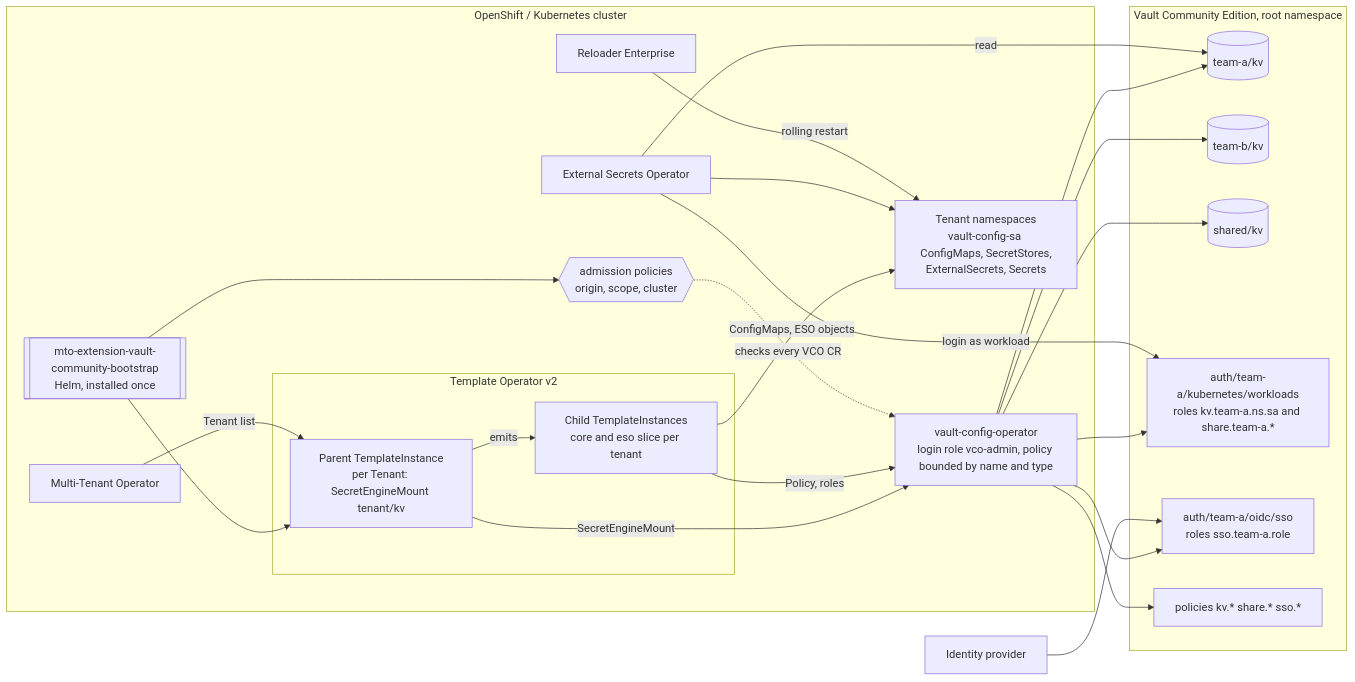
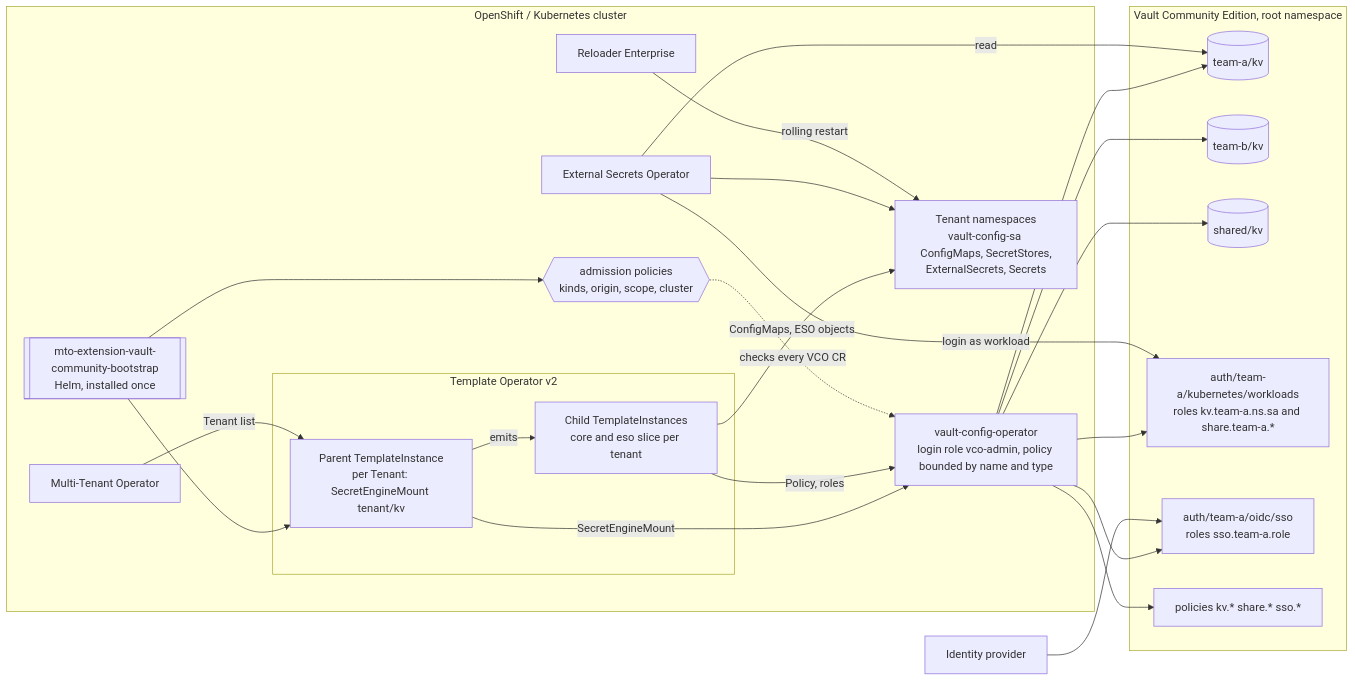
Before and after one commit to stakater/mto-extension-vault-community: the second of 6 diagrams in docs/diagrams.md, drawn with Mermaid. The commit also changed other lines of this file and 54 other files, not shown here.

First line of the commit message:
C.17, C.18, C.20: close the three reviews of the charts

````diff
--- a/docs/diagrams.md
+++ b/docs/diagrams.md
@@ -33,39 +33,39 @@
 ```mermaid
 flowchart LR
   subgraph Cluster[OpenShift / Kubernetes cluster]
     MTO[Multi-Tenant Operator]
     subgraph TOP[Template Operator v2]
       PTI[Parent TemplateInstance<br/>per Tenant: SecretEngineMount tenant/kv]
       CTI[Child TemplateInstances<br/>core and eso slice per tenant]
     end
     BOOT[[mto-extension-vault-community-bootstrap<br/>Helm, installed once]]
     VCO[vault-config-operator<br/>login role vco-admin, policy bounded by name and type]
-    VAP{{admission policies<br/>origin, scope, cluster}}
+    VAP{{admission policies<br/>kinds, origin, scope, cluster}}
     NS[Tenant namespaces<br/>vault-config-sa ConfigMaps, SecretStores,<br/>ExternalSecrets, Secrets]
     ESO[External Secrets Operator]
     REL[Reloader Enterprise]
   end
   subgraph V[Vault Community Edition, root namespace]
     KVA[(team-a/kv)]
     KVB[(team-b/kv)]
     KVS[(shared/kv)]
     K8S[auth/team-a/kubernetes/workloads<br/>roles kv.team-a.ns.sa and share.team-a.*]
     OIDC[auth/team-a/oidc/sso<br/>roles sso.team-a.role]
     POL[policies kv.* share.* sso.*]
   end
   IDP[Identity provider]
   BOOT --> PTI
   MTO -->|Tenant list| PTI
   PTI -->|emits| CTI
   PTI -->|SecretEngineMount| VCO
   CTI -->|Policy, roles| VCO
   CTI -->|ConfigMaps, ESO objects| NS
   BOOT --> VAP
   VAP -.->|checks every VCO CR| VCO
   VCO --> KVA & KVB & KVS & K8S & OIDC & POL
   ESO -->|login as workload| K8S
   ESO -->|read| KVA
   ESO --> NS
   REL -->|rolling restart| NS
   IDP --> OIDC
 ```
````
